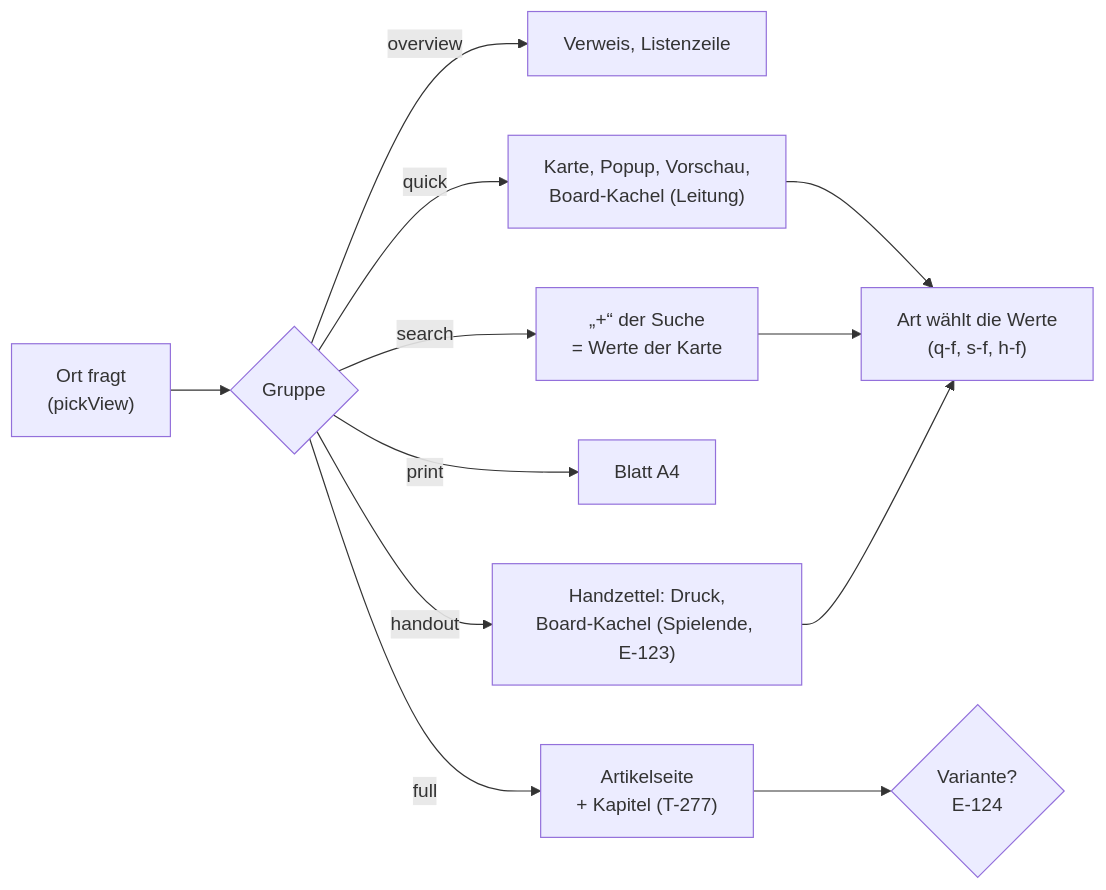
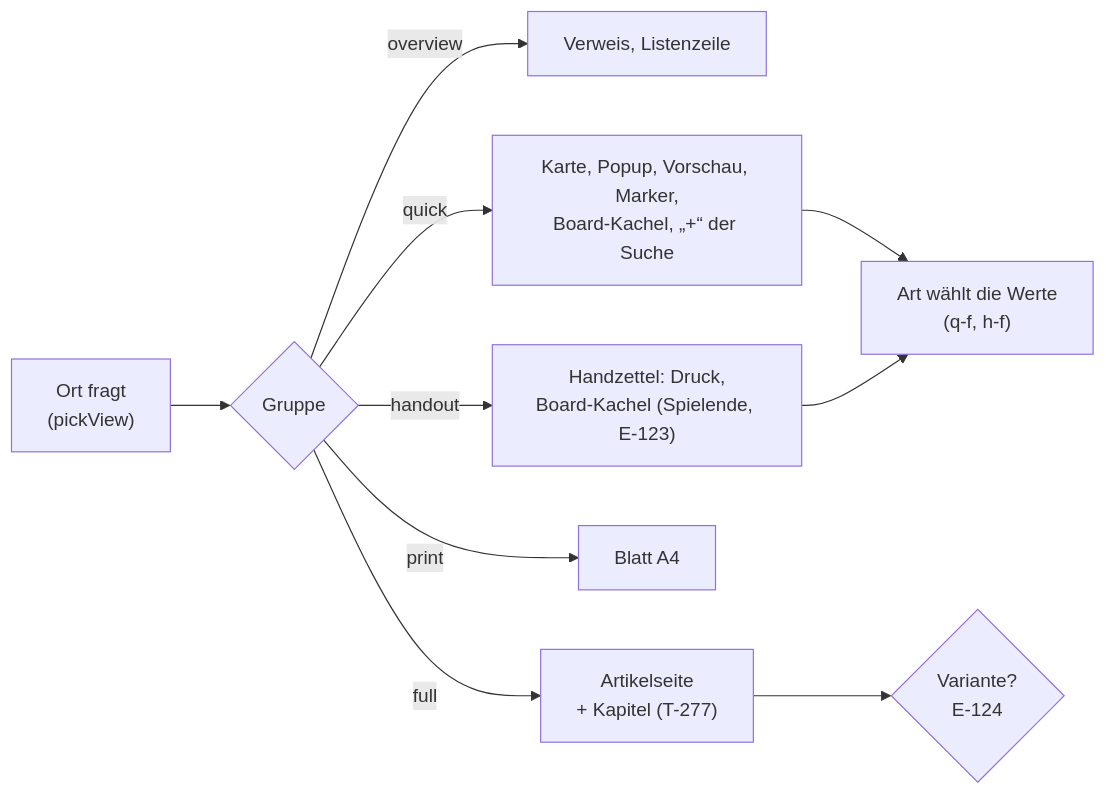
The diagram in docs/vorschlaege/Ansichten-Bedarf.md (Mrfudog/Atlas-Mentis), drawn with Mermaid before and after one commit. The commit also changed other lines of this file and 23 other files, not shown here.

First line of the commit message:
Suche zeigt die Kurzansicht; quick: Kennwerte oben, Bild zuletzt (T-346)

````diff
--- a/docs/vorschlaege/Ansichten-Bedarf.md
+++ b/docs/vorschlaege/Ansichten-Bedarf.md
@@ -116,12 +120,11 @@
 ```mermaid
 flowchart LR
   O["Ort fragt<br/>(pickView)"] --> G{"Gruppe"}
   G -->|overview| OV["Verweis, Listenzeile"]
-  G -->|quick| Q["Karte, Popup, Vorschau,<br/>Board-Kachel (Leitung)"]
+  G -->|quick| Q["Karte, Popup, Vorschau, Marker,<br/>Board-Kachel, „+“ der Suche"]
   G -->|full| F["Artikelseite<br/>+ Kapitel (T-277)"]
   G -->|print| P["Blatt A4"]
-  G -->|search| S["„+“ der Suche<br/>= Werte der Karte"]
   G -->|handout| H["Handzettel: Druck,<br/>Board-Kachel (Spielende, E-123)"]
-  Q & S & H --> A["Art wählt die Werte<br/>(q-f, s-f, h-f)"]
+  Q & H --> A["Art wählt die Werte<br/>(q-f, h-f)"]
   F --> V{"Variante?<br/>E-124"}
 ```
````
